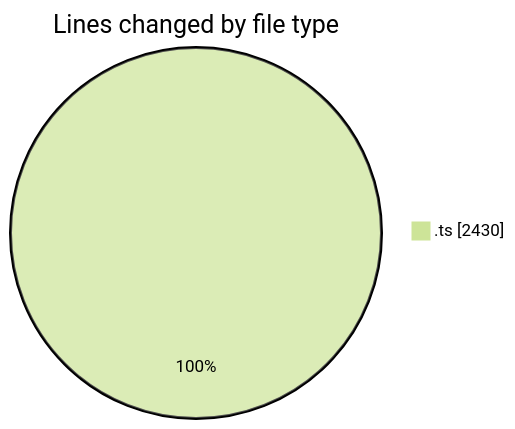
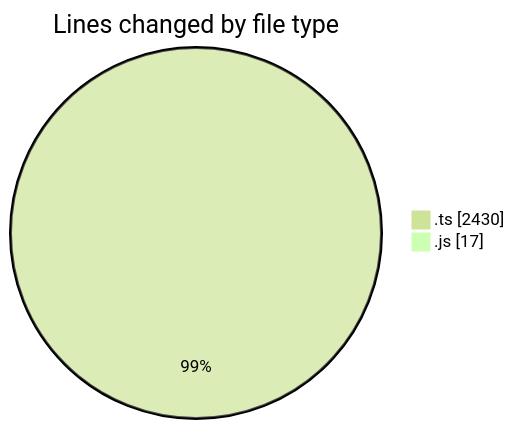
One commit to tmsrecording-cyber/code-tracking changed the first of 2 diagrams in 2026-02-07/singularitybrainai/README.md. Above: the diagram before and after it, drawn with Mermaid (forest theme). The commit also changed other lines of this file and 1 other file, not shown here.

````diff
--- a/2026-02-07/singularitybrainai/README.md
+++ b/2026-02-07/singularitybrainai/README.md
@@ -23,5 +24,6 @@
 ```mermaid
 pie showData
 title Lines changed by file type
 ".ts" : 2430
+".js" : 17
 ```
````
